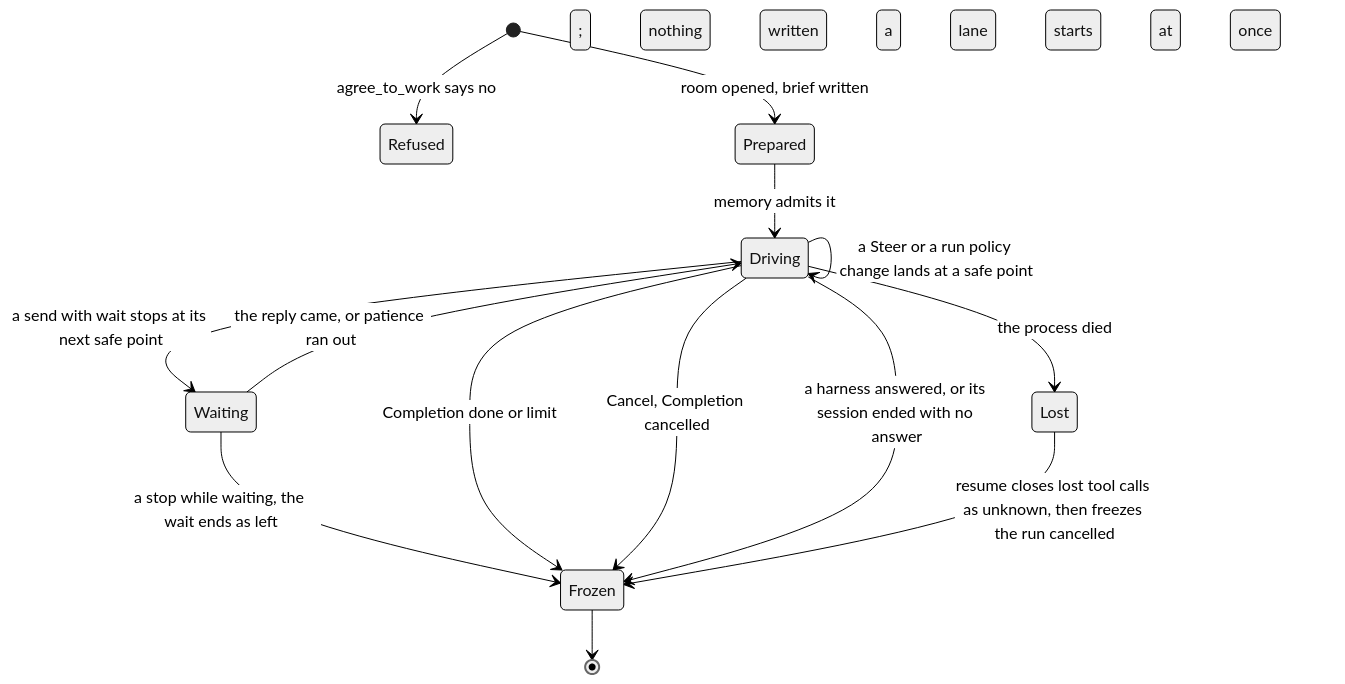
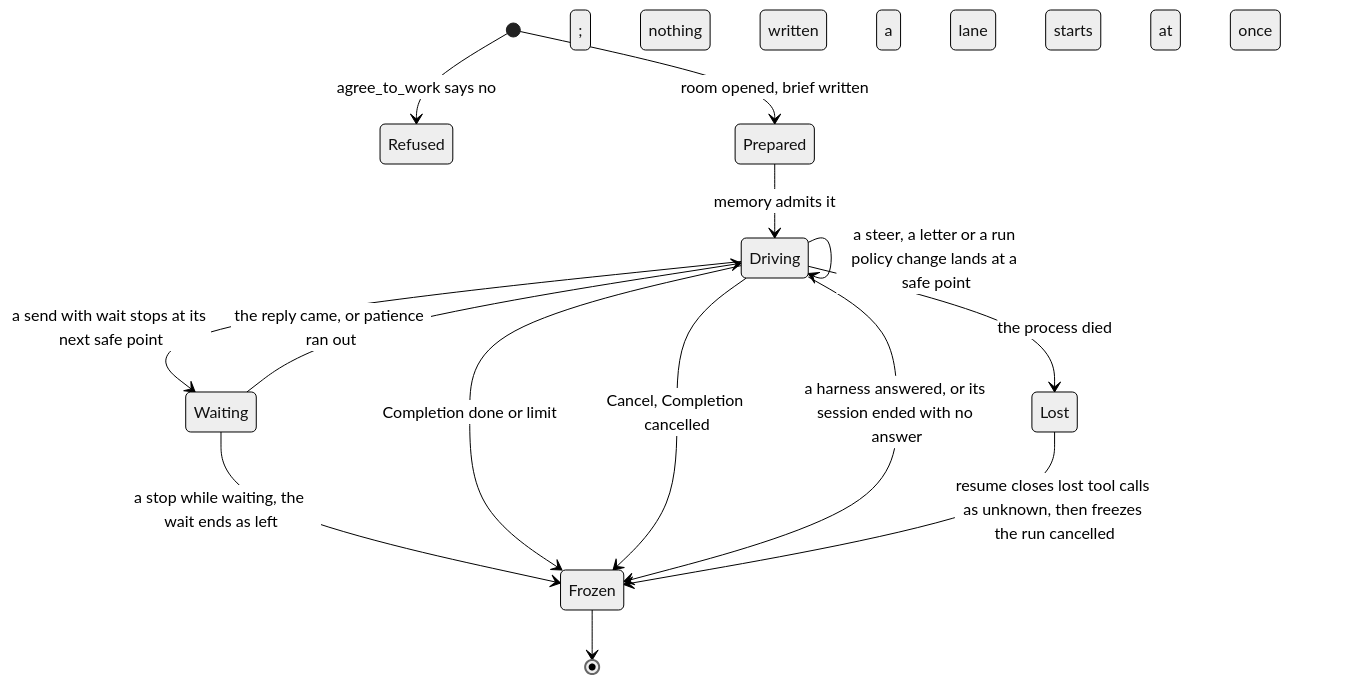
Before and after one commit to 2youg1/sprawling-agents: the seventh of 8 diagrams in ARCHITECTURE.md, drawn with Mermaid (neutral theme). The commit also changed other lines of this file, not shown here.

First line of the commit message:
card-S9.DARCHA: ARCHITECTURE describes letters, the delivery outcome and the city-key thread

````diff
--- a/ARCHITECTURE.md
+++ b/ARCHITECTURE.md
@@ -1198,16 +1207,16 @@
 ```mermaid
 stateDiagram-v2
     [*] --> Refused: agree_to_work says no; nothing written
     [*] --> Prepared: room opened, brief written
     Prepared --> Driving: memory admits it; a lane starts at once
-    Driving --> Driving: a Steer or a run policy change lands at a safe point
+    Driving --> Driving: a steer, a letter or a run policy change lands at a safe point
     Driving --> Waiting: a send with wait stops at its next safe point
     Waiting --> Driving: the reply came, or patience ran out
     Waiting --> Frozen: a stop while waiting, the wait ends as left
     Driving --> Frozen: Completion done or limit
     Driving --> Frozen: Cancel, Completion cancelled
     Driving --> Frozen: a harness answered, or its session ended with no answer
     Driving --> Lost: the process died
     Lost --> Frozen: resume closes lost tool calls as unknown, then freezes the run cancelled
     Frozen --> [*]
 ```
````
